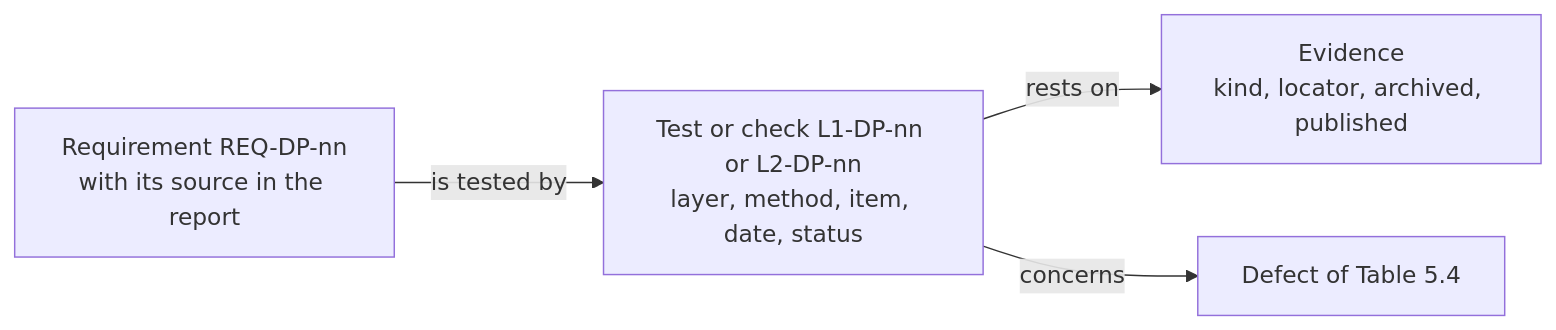
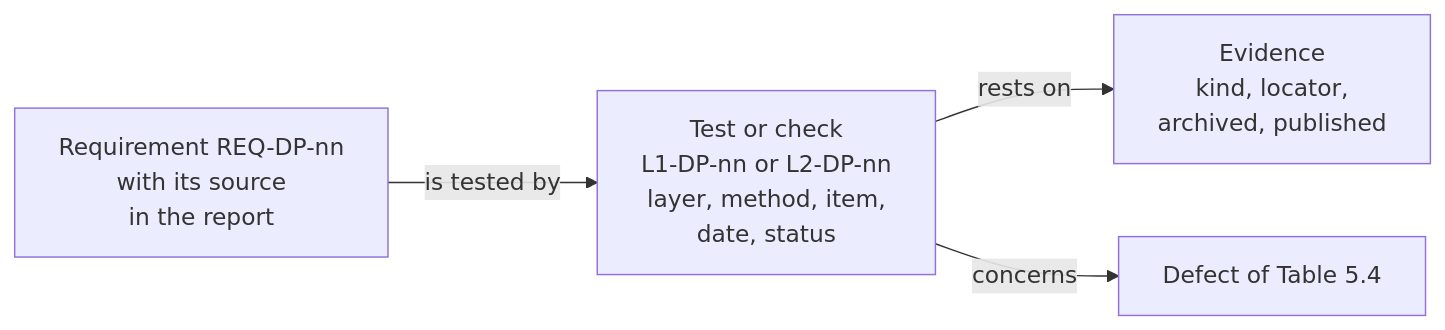
One commit to mtorun0x7cd/anti-skid-verification changed the diagram in README.md. Above: the diagram before and after it, drawn with Mermaid. The commit also changed 1 other file, not shown here.

Commit message:
Keep the labels of the README diagram whole at every zoom
GitHub draws the diagram with Mermaid, which wraps a label that is
wider than its wrapping width. In Safari, at some page zooms, a label
that Mermaid wrapped is measured too narrow and loses its end. Each
label now breaks its own lines, and the diagram raises the wrapping
width to 400 px, so Mermaid wraps none of them. The wording is
unchanged.

````diff
--- a/README.md
+++ b/README.md
@@ -335,8 +335,13 @@
 ```mermaid
+---
+config:
+  flowchart:
+    wrappingWidth: 400
+---
 flowchart LR
     accTitle: Structure of the traceability data
     accDescr: A requirement of the diagnostic path names the place in the report that describes it and has one or more tests or checks. Each test has a layer, a method, the item tested, a status and the defect of Table 5.4 it concerns, and rests on one or more pieces of evidence, each marked as archived or not and as published or not. The status PASS needs at least one archived piece of primary evidence, that is, a log, a capture, a measurement or a test protocol.
-    R["Requirement REQ-DP-nn<br/>with its source in the report"] -->|"is tested by"| T["Test or check L1-DP-nn or L2-DP-nn<br/>layer, method, item, date, status"]
-    T -->|"rests on"| E["Evidence<br/>kind, locator, archived, published"]
+    R["Requirement REQ-DP-nn<br/>with its source<br/>in the report"] -->|"is tested by"| T["Test or check<br/>L1-DP-nn or L2-DP-nn<br/>layer, method, item,<br/>date, status"]
+    T -->|"rests on"| E["Evidence<br/>kind, locator,<br/>archived, published"]
     T -->|"concerns"| D["Defect of Table 5.4"]
 ```
````
